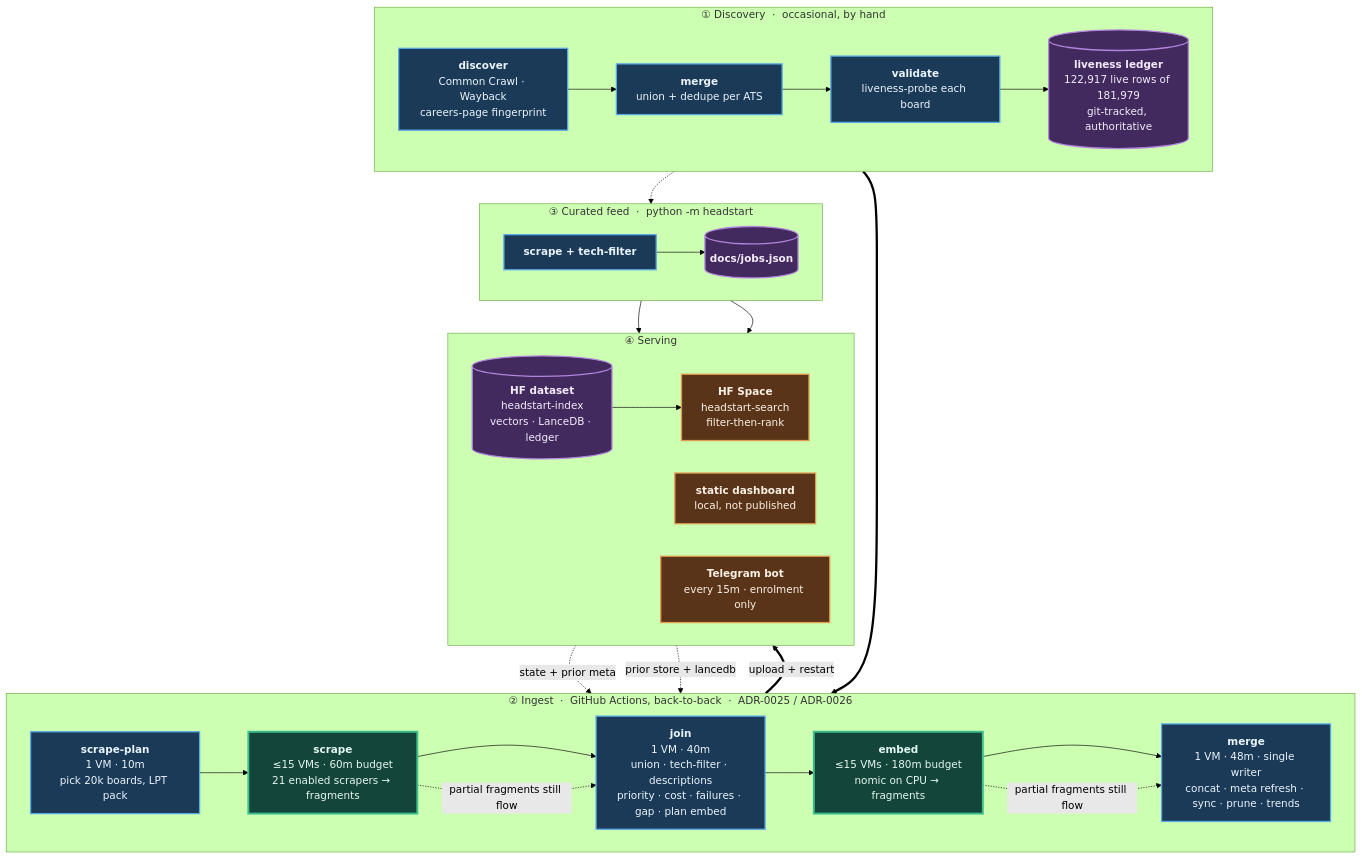
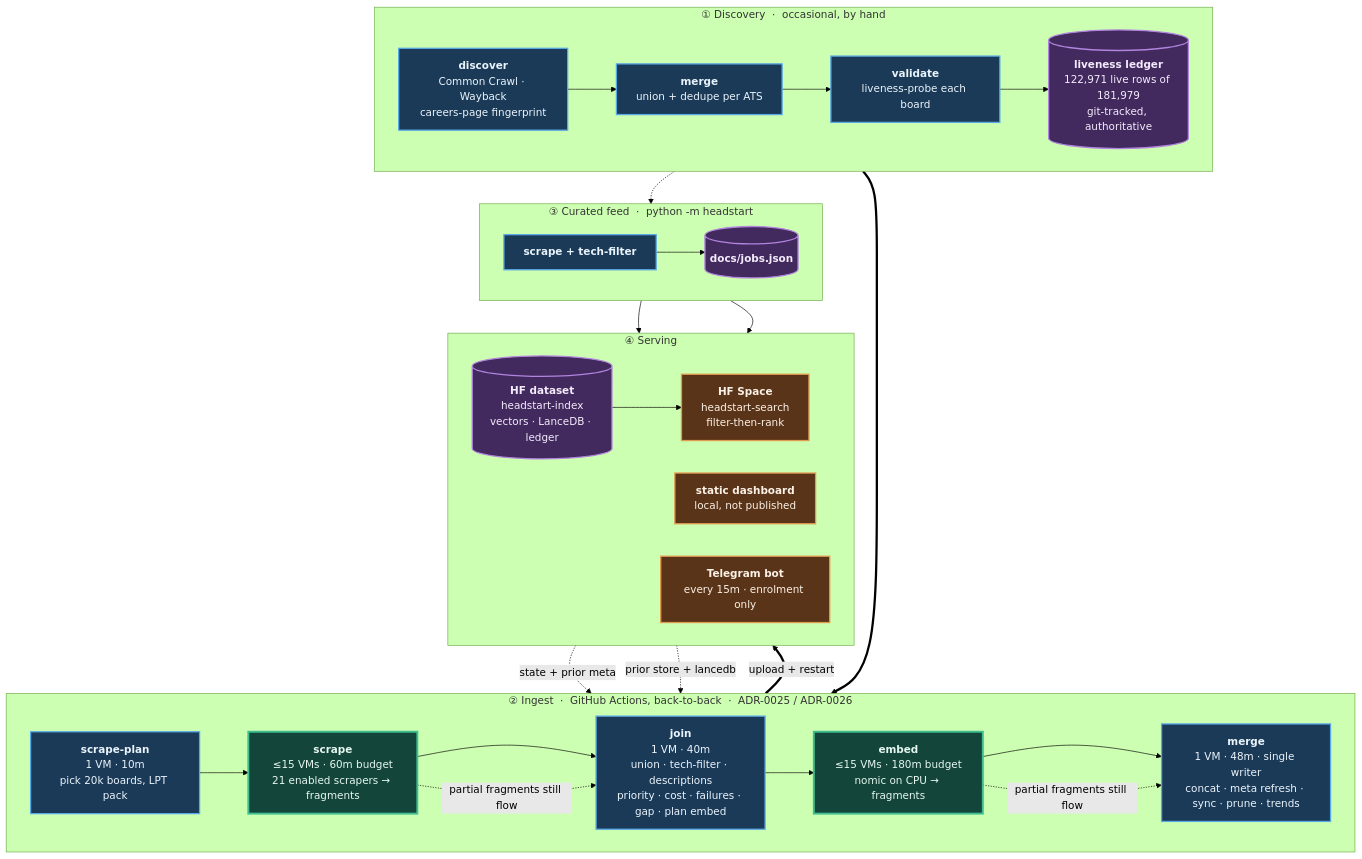
One commit to sarthakjain004/headstart changed the diagram in README.md. Above: the diagram before and after it, drawn with Mermaid (forest theme). The commit also changed other lines of this file and 7 other files, not shown here.

````diff
--- a/README.md
+++ b/README.md
@@ -84,56 +84,56 @@
 ```mermaid
 flowchart TB
     subgraph D["① Discovery &nbsp;·&nbsp; occasional, by hand"]
         direction LR
         D1["<b>discover</b><br/>Common Crawl · Wayback<br/>careers-page fingerprint"]
         D2["<b>merge</b><br/>union + dedupe per ATS"]
         D3["<b>validate</b><br/>liveness-probe each board"]
-        D4[("<b>liveness ledger</b><br/>122,917 live rows of 181,979<br/>git-tracked, authoritative")]
+        D4[("<b>liveness ledger</b><br/>122,971 live rows of 181,979<br/>git-tracked, authoritative")]
         D1 --> D2 --> D3 --> D4
     end
 
     subgraph P["② Ingest &nbsp;·&nbsp; GitHub Actions, back-to-back &nbsp;·&nbsp; ADR-0025 / ADR-0026"]
         direction LR
         P1["<b>scrape-plan</b><br/>1 VM · 10m<br/>pick 20k boards, LPT pack"]
         P2["<b>scrape</b><br/>≤15 VMs · 60m budget<br/>21 enabled scrapers → fragments"]
         P3["<b>join</b><br/>1 VM · 40m<br/>union · tech-filter · descriptions<br/>priority · cost · failures · gap · plan embed"]
         P4["<b>embed</b><br/>≤15 VMs · 180m budget<br/>nomic on CPU → fragments"]
         P5["<b>merge</b><br/>1 VM · 48m · single writer<br/>concat · meta refresh · sync · prune · trends"]
         P1 --> P2 --> P3 --> P4 --> P5
     end
 
     subgraph F["③ Curated feed &nbsp;·&nbsp; python -m headstart"]
         direction LR
         F1["<b>scrape + tech-filter</b>"]
         F2[("<b>docs/jobs.json</b>")]
         F1 --> F2
     end
 
     subgraph S["④ Serving"]
         direction LR
         S1[("<b>HF dataset</b><br/>headstart-index<br/>vectors · LanceDB · ledger")]
         S2["<b>HF Space</b><br/>headstart-search<br/>filter-then-rank"]
         S3["<b>static dashboard</b><br/>local, not published"]
         S4["<b>Telegram bot</b><br/>every 15m · enrolment only"]
         S1 --> S2
     end
 
     D4 ==> P1
     S1 -. "state + prior meta" .-> P1
     S1 -. "prior store + lancedb" .-> P5
     D4 -.-> F1
     P5 ==>|"upload + restart"| S1
     F2 --> S3
     F2 --> S4
     P2 -. "partial fragments still flow" .-> P3
     P4 -. "partial fragments still flow" .-> P5
 
     classDef serial fill:#1b3a57,stroke:#5aa9e6,stroke-width:2px,color:#eaf4fc
     classDef fan fill:#14453a,stroke:#3fbf8f,stroke-width:3px,color:#e4f7f0
     classDef store fill:#42295e,stroke:#b184dd,stroke-width:2px,color:#f4ecfc
     classDef serve fill:#5a3418,stroke:#e09a4f,stroke-width:2px,color:#fbf1e6
     class D1,D2,D3,P1,P3,P5,F1 serial
     class P2,P4 fan
     class D4,F2,S1 store
     class S2,S3,S4 serve
 ```
````
